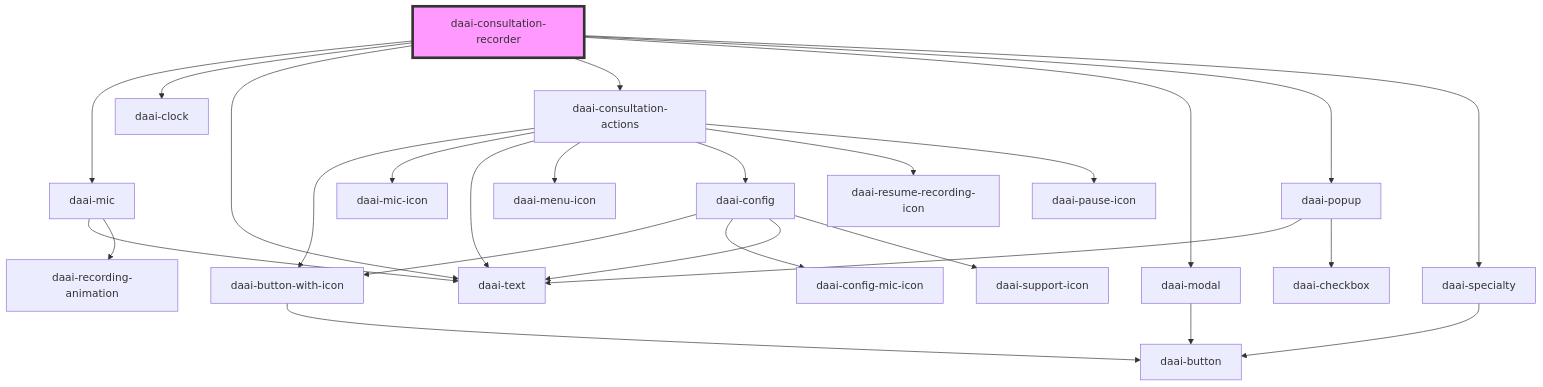
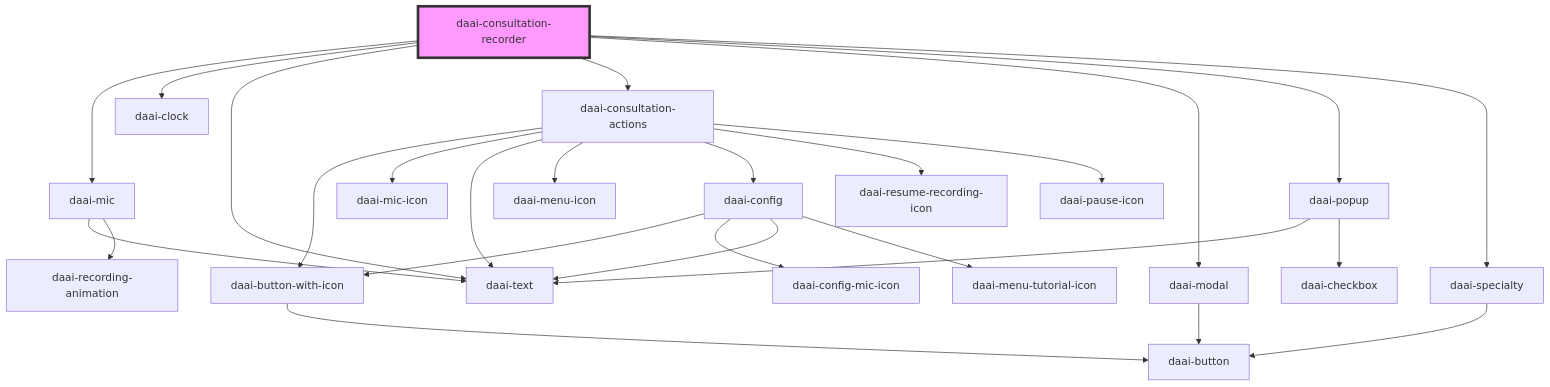
The diagram in src/components/templates/daai-consultation-recorder/readme.md (doctor-assistant/web-components), drawn with Mermaid before and after one commit. The commit also changed 7 other files, not shown here.

````diff
--- a/src/components/templates/daai-consultation-recorder/readme.md
+++ b/src/components/templates/daai-consultation-recorder/readme.md
@@ -35,29 +35,29 @@
 ```mermaid
 graph TD;
   daai-consultation-recorder --> daai-mic
   daai-consultation-recorder --> daai-clock
   daai-consultation-recorder --> daai-text
   daai-consultation-recorder --> daai-consultation-actions
   daai-consultation-recorder --> daai-modal
   daai-consultation-recorder --> daai-popup
   daai-consultation-recorder --> daai-specialty
   daai-mic --> daai-text
   daai-mic --> daai-recording-animation
   daai-consultation-actions --> daai-button-with-icon
   daai-consultation-actions --> daai-mic-icon
   daai-consultation-actions --> daai-text
   daai-consultation-actions --> daai-menu-icon
   daai-consultation-actions --> daai-config
   daai-consultation-actions --> daai-resume-recording-icon
   daai-consultation-actions --> daai-pause-icon
   daai-button-with-icon --> daai-button
   daai-config --> daai-button-with-icon
   daai-config --> daai-config-mic-icon
   daai-config --> daai-text
-  daai-config --> daai-support-icon
+  daai-config --> daai-menu-tutorial-icon
   daai-modal --> daai-button
   daai-popup --> daai-text
   daai-popup --> daai-checkbox
   daai-specialty --> daai-button
   style daai-consultation-recorder fill:#f9f,stroke:#333,stroke-width:4px
 ```
````
